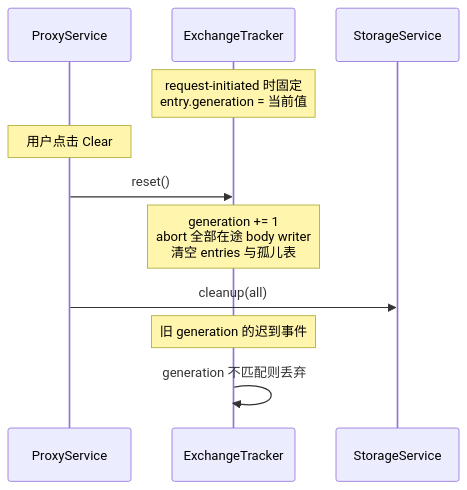
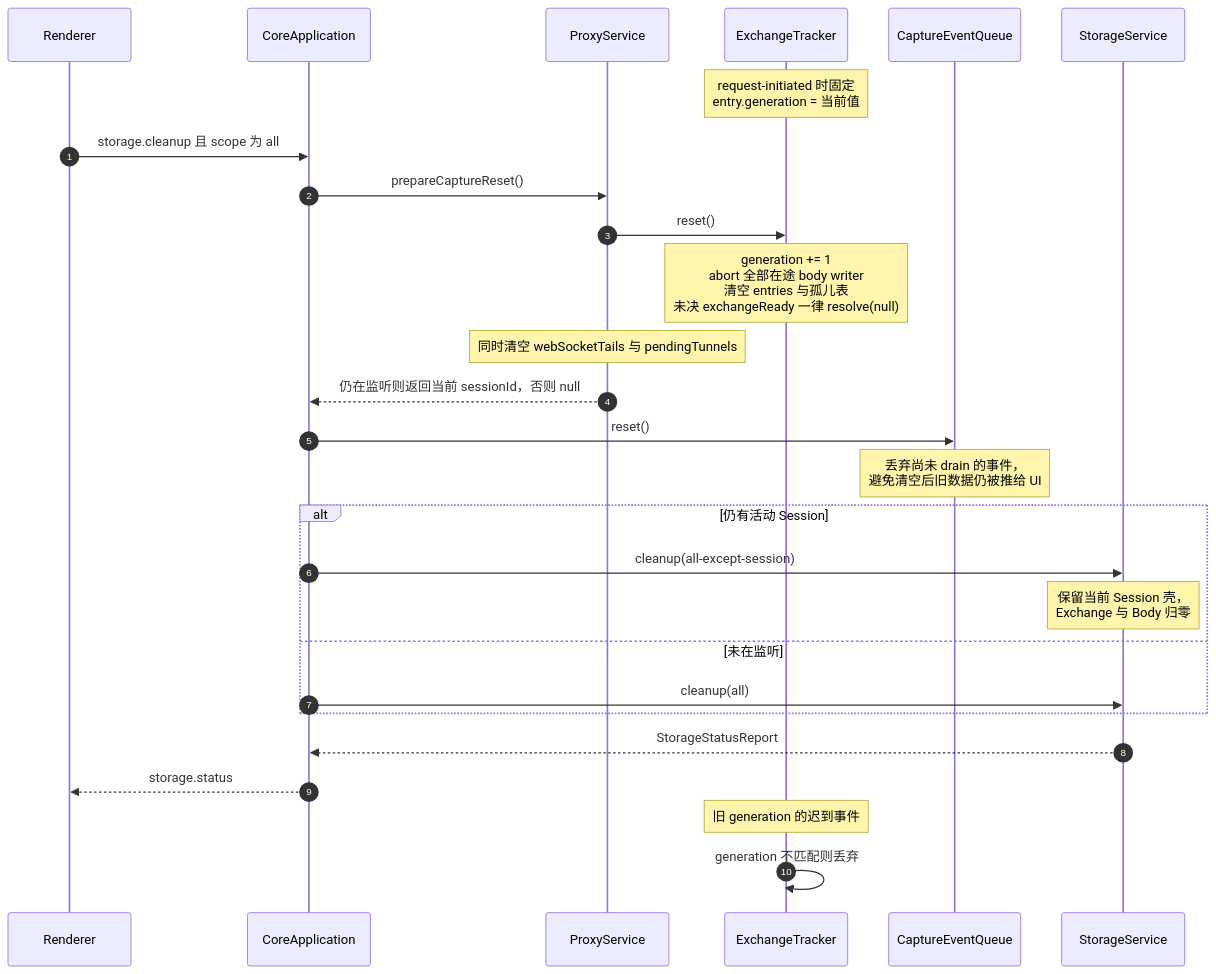
Before and after one commit to zhxmt-xm/Interceptor: diagram 12 of 13 in architecture/feature-capture.md, drawn with Mermaid. The commit also changed other lines of this file and 28 other files, not shown here.

First line of the commit message:
fix(capture): 修复正文与 WebSocket 三处收尾缺陷，放宽正文阈值

````diff
--- a/architecture/feature-capture.md
+++ b/architecture/feature-capture.md
@@ -467,16 +999,34 @@
 ```mermaid
 sequenceDiagram
+    autonumber
+    participant UI as Renderer
+    participant App as CoreApplication
     participant Proxy as ProxyService
     participant Tracker as ExchangeTracker
+    participant Queue as CaptureEventQueue
     participant Storage as StorageService
 
     Note over Tracker: request-initiated 时固定<br/>entry.generation = 当前值
 
-    Note over Proxy: 用户点击 Clear
+    UI->>App: storage.cleanup 且 scope 为 all
+    App->>Proxy: prepareCaptureReset()
     Proxy->>Tracker: reset()
-    Note over Tracker: generation += 1<br/>abort 全部在途 body writer<br/>清空 entries 与孤儿表
-    Proxy->>Storage: cleanup(all)
+    Note over Tracker: generation += 1<br/>abort 全部在途 body writer<br/>清空 entries 与孤儿表<br/>未决 exchangeReady 一律 resolve(null)
+    Note over Proxy: 同时清空 webSocketTails 与 pendingTunnels
+    Proxy-->>App: 仍在监听则返回当前 sessionId，否则 null
+
+    App->>Queue: reset()
+    Note over Queue: 丢弃尚未 drain 的事件，<br/>避免清空后旧数据仍被推给 UI
+
+    alt 仍有活动 Session
+        App->>Storage: cleanup(all-except-session)
+        Note over Storage: 保留当前 Session 壳，<br/>Exchange 与 Body 归零
+    else 未在监听
+        App->>Storage: cleanup(all)
+    end
+    Storage-->>App: StorageStatusReport
+    App-->>UI: storage.status
 
     Note over Tracker: 旧 generation 的迟到事件
     Tracker->>Tracker: generation 不匹配则丢弃
 ```
````
